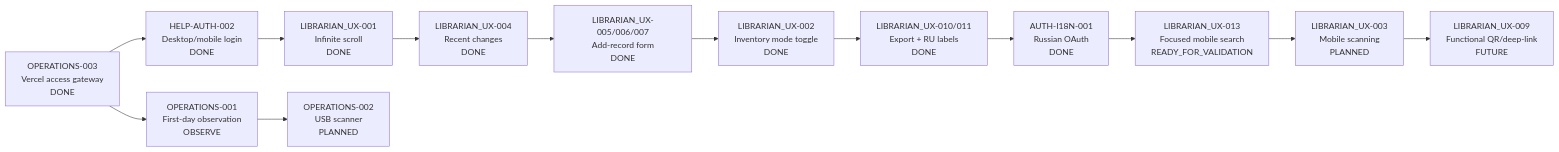
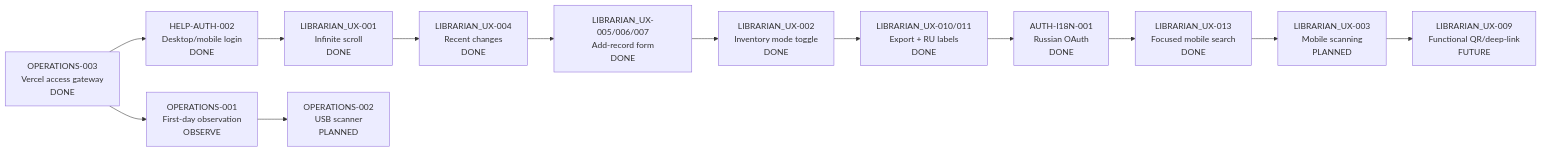
Before and after one commit to oregu93/music-school-lib: the diagram in docs/ROADMAP.md, drawn with Mermaid. The commit also changed other lines of this file, not shown here.

Commit message:
Mark mobile search accepted

````diff
--- a/docs/ROADMAP.md
+++ b/docs/ROADMAP.md
@@ -12,15 +12,15 @@
 ```mermaid
 flowchart LR
   A[OPERATIONS-003<br/>Vercel access gateway<br/>DONE] --> B[HELP-AUTH-002<br/>Desktop/mobile login<br/>DONE]
   B --> C[LIBRARIAN_UX-001<br/>Infinite scroll<br/>DONE]
   C --> D[LIBRARIAN_UX-004<br/>Recent changes<br/>DONE]
   D --> E[LIBRARIAN_UX-005/006/007<br/>Add-record form<br/>DONE]
   E --> F[LIBRARIAN_UX-002<br/>Inventory mode toggle<br/>DONE]
   F --> K[LIBRARIAN_UX-010/011<br/>Export + RU labels<br/>DONE]
   K --> L[AUTH-I18N-001<br/>Russian OAuth<br/>DONE]
-  L --> M[LIBRARIAN_UX-013<br/>Focused mobile search<br/>READY_FOR_VALIDATION]
+  L --> M[LIBRARIAN_UX-013<br/>Focused mobile search<br/>DONE]
   M --> G[LIBRARIAN_UX-003<br/>Mobile scanning<br/>PLANNED]
   G --> H[LIBRARIAN_UX-009<br/>Functional QR/deep-link<br/>FUTURE]
   A --> I[OPERATIONS-001<br/>First-day observation<br/>OBSERVE]
   I --> J[OPERATIONS-002<br/>USB scanner<br/>PLANNED]
 ```
````
